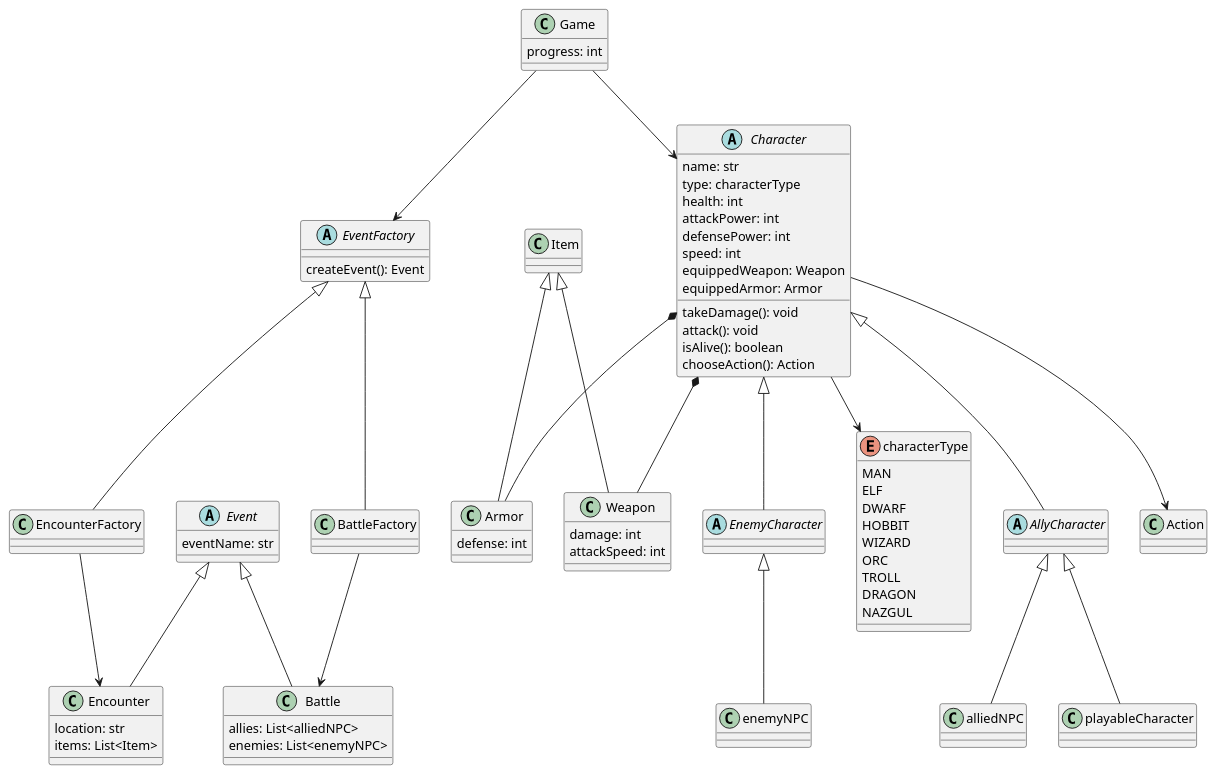
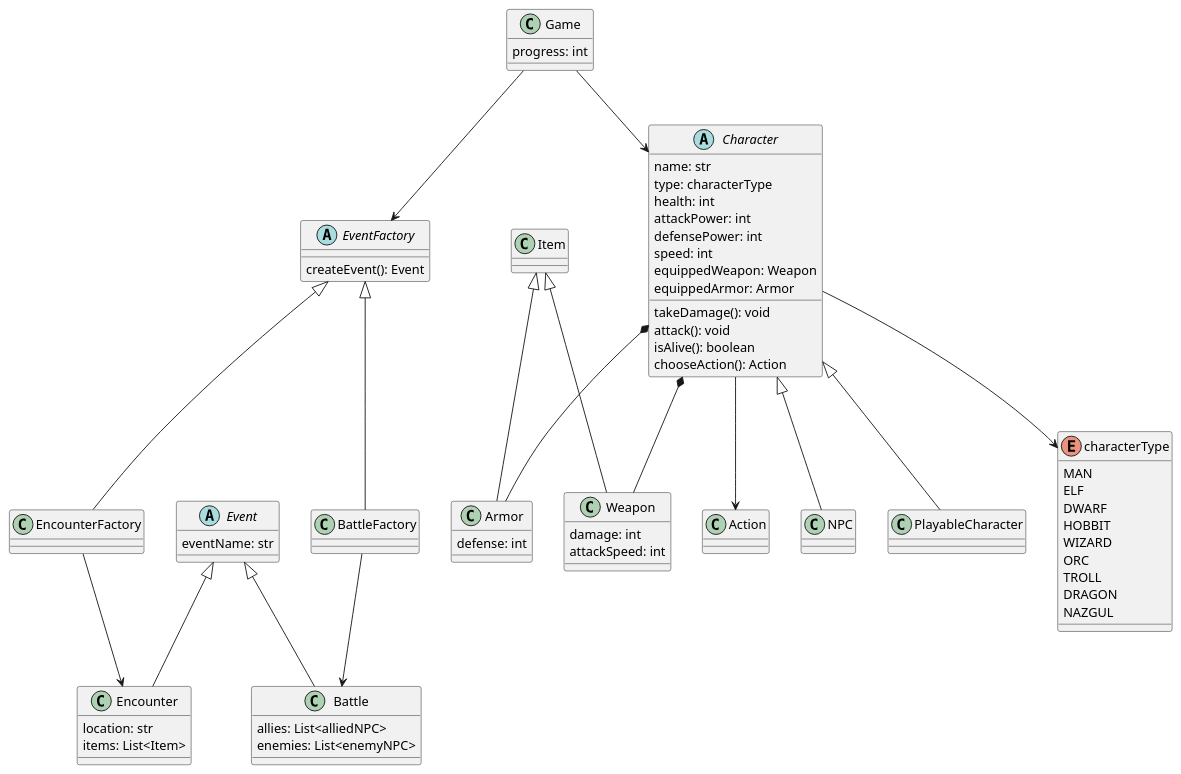
Before and after one commit to usd-comp-305/project-04-sandra-jack-sawyer: the diagram in project-design.puml, drawn with PlantUML. The commit also changed 7 other files, not shown here.

```diff
--- a/project-design.puml
+++ b/project-design.puml
@@ -1,111 +1,99 @@
 @startuml
 'https://plantuml.com/class-diagram
 
 abstract class Character {
     name: str
     type: characterType
     health: int
     attackPower: int
     defensePower: int
     speed: int
     equippedWeapon: Weapon
     equippedArmor: Armor
 
     takeDamage(): void
     attack(): void
     isAlive(): boolean
     chooseAction(): Action
 }
 
-abstract class AllyCharacter extends Character {
+class NPC extends Character {
 
 }
 
-abstract class EnemyCharacter extends Character {
-
-}
-
-class playableCharacter extends AllyCharacter {
-
-}
-
-class alliedNPC extends AllyCharacter {
-
-}
-
-class enemyNPC extends EnemyCharacter {
+class PlayableCharacter extends Character {
 
 }
 
 abstract class EventFactory {
     createEvent(): Event
 }
 
 class BattleFactory extends EventFactory {
 
 }
 
 class EncounterFactory extends EventFactory {
 
 }
 
 abstract class Event {
     eventName: str
 }
 
 class Battle extends Event {
     allies: List<alliedNPC>
     enemies: List<enemyNPC>
 }
 
 class Encounter extends Event{
     location: str
     items: List<Item>
 }
 
 enum characterType {
     MAN
     ELF
     DWARF
     HOBBIT
     WIZARD
     ORC
     TROLL
     DRAGON
     NAZGUL
 }
 
 class Game {
     progress: int
 }
 
 class Item {
 
 }
 
 class Weapon extends Item {
     damage: int
     attackSpeed: int
 }
 
 class Armor extends Item {
     defense: int
 }
 
 class Action {
 
 }
 
 
 Game --> EventFactory
 Game --> Character
 
 Character --> characterType
 Character *-- Weapon
 Character *-- Armor
 Character --> Action
 
 BattleFactory --> Battle
 EncounterFactory --> Encounter
 
 @enduml
```
